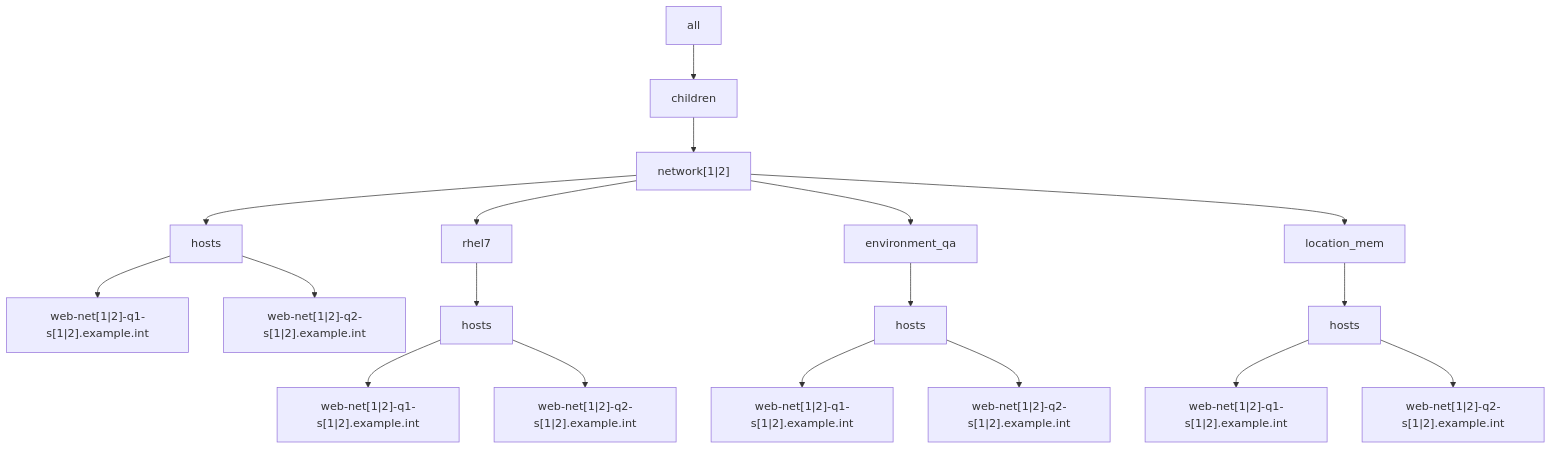
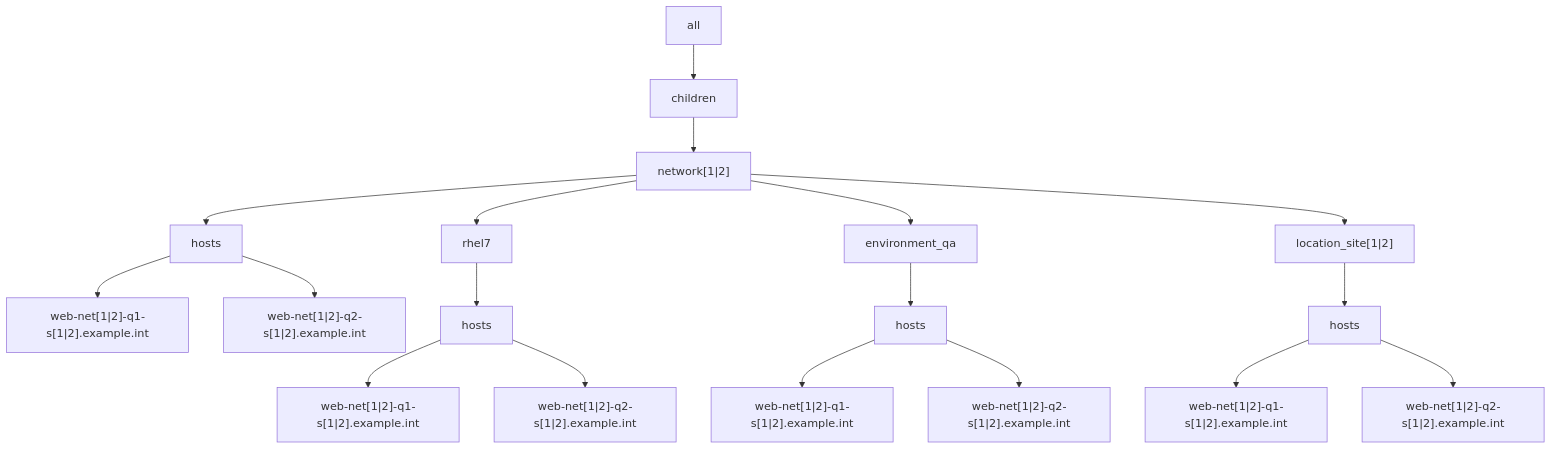
One commit to lj020326/Ansible-inventory-file-examples changed the second of 2 diagrams in tests/ansible-multiple-yaml-inventories/example2/README.md. Above: the diagram before and after it, drawn with Mermaid.

Commit message:
develop-lj - 	modified:   tests/ansible-multiple-yaml-inventories/example2/README.md

````diff
--- a/tests/ansible-multiple-yaml-inventories/example2/README.md
+++ b/tests/ansible-multiple-yaml-inventories/example2/README.md
@@ -43,20 +43,20 @@
 ```mermaid
 graph TD;
     A[all] --> B[children]
     B --> C["network[1|2]"]
     C --> D[hosts]
     C --> E[rhel7]
     C --> F[environment_qa]
-    C --> G[location_mem]
+    C --> G["location_site[1|2]"]
     D --> I["web-net[1|2]-q1-s[1|2].example.int"]
     D --> J["web-net[1|2]-q2-s[1|2].example.int"]
     E --> K[hosts]
     K --> L["web-net[1|2]-q1-s[1|2].example.int"]
     K --> M["web-net[1|2]-q2-s[1|2].example.int"]
     F --> N[hosts]
     N --> O["web-net[1|2]-q1-s[1|2].example.int"]
     N --> P["web-net[1|2]-q2-s[1|2].example.int"]
     G --> Q[hosts]
     Q --> R["web-net[1|2]-q1-s[1|2].example.int"]
     Q --> S["web-net[1|2]-q2-s[1|2].example.int"]
 ```
````
